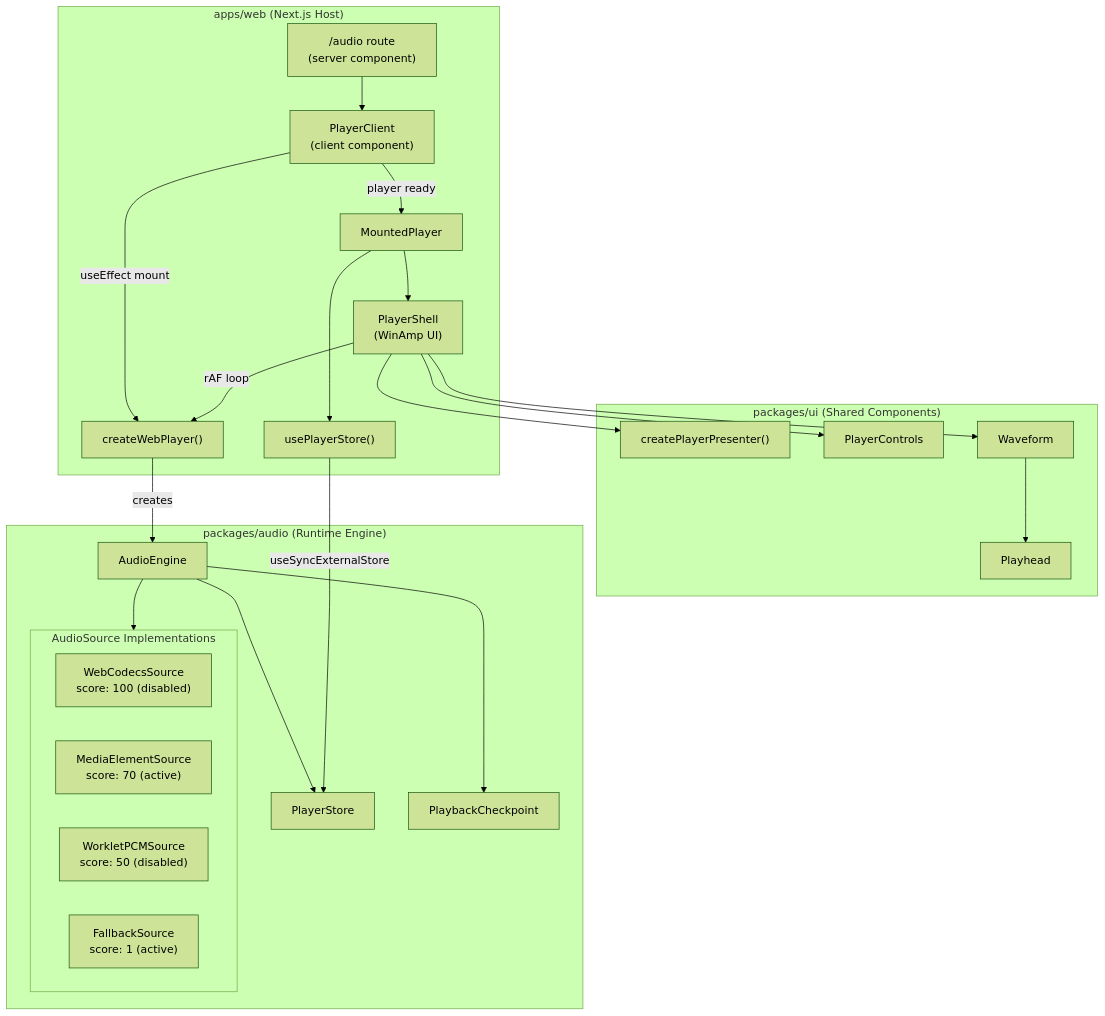
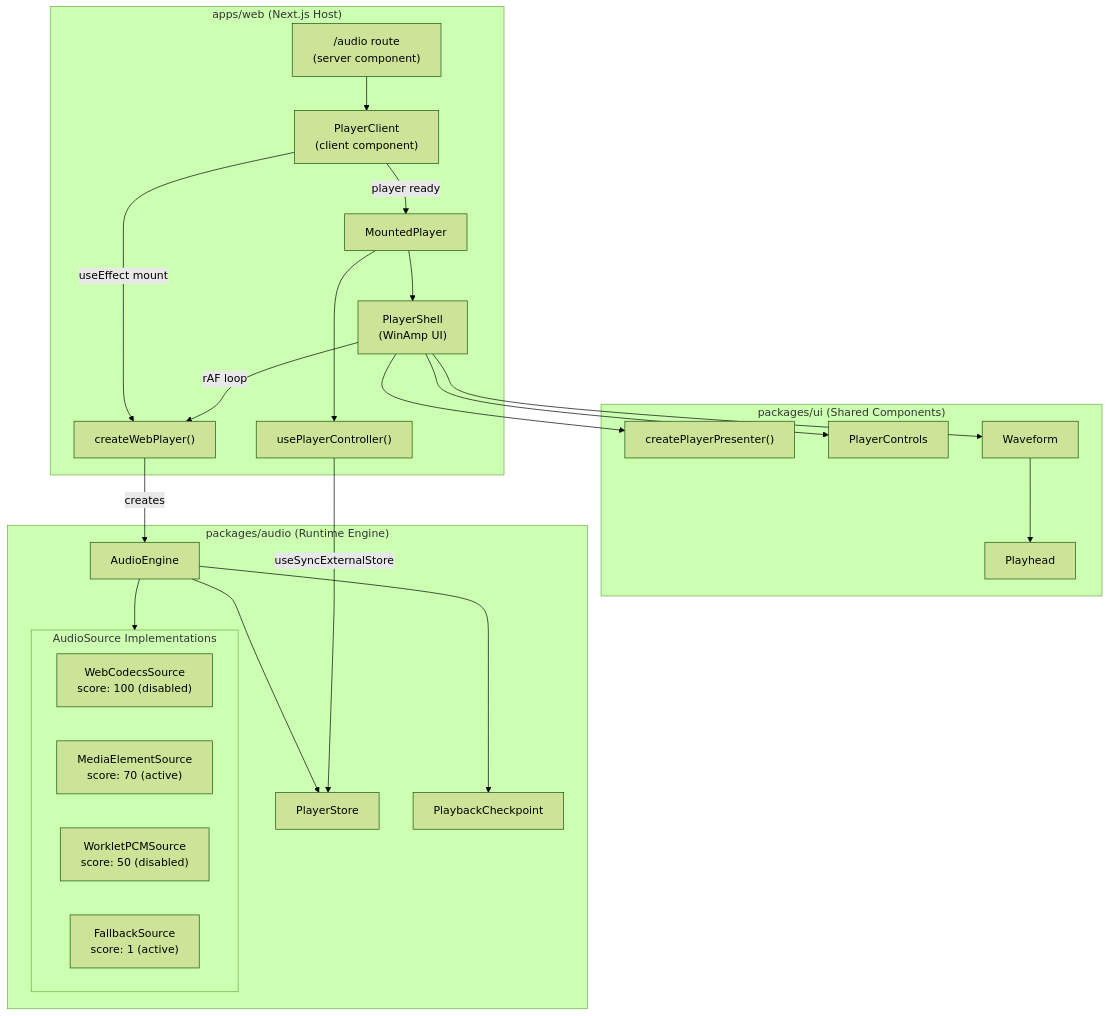
One commit to kalynbeach/kkb changed the first of 4 diagrams in docs/diagrams/2026-03-10-web-audio-player-architecture.md. Above: the diagram before and after it, drawn with Mermaid (forest theme). The commit also changed 8 other files, not shown here.

````diff
--- a/docs/diagrams/2026-03-10-web-audio-player-architecture.md
+++ b/docs/diagrams/2026-03-10-web-audio-player-architecture.md
@@ -9,50 +9,50 @@
 ```mermaid
 flowchart TB
     subgraph Web["apps/web (Next.js Host)"]
         Route["/audio route<br/>(server component)"]
         PC["PlayerClient<br/>(client component)"]
         MS["MountedPlayer"]
         PS["PlayerShell<br/>(WinAmp UI)"]
         CWP["createWebPlayer()"]
-        UPS["usePlayerStore()"]
+        UPS["usePlayerController()"]
 
         Route --> PC
         PC -->|"useEffect mount"| CWP
         PC -->|"player ready"| MS
         MS --> UPS
         MS --> PS
     end
 
     subgraph UI["packages/ui (Shared Components)"]
         Presenter["createPlayerPresenter()"]
         Controls["PlayerControls"]
         Waveform["Waveform"]
         Playhead["Playhead"]
 
         Waveform --> Playhead
     end
 
     subgraph Audio["packages/audio (Runtime Engine)"]
         Engine["AudioEngine"]
         Store["PlayerStore"]
         Checkpoint["PlaybackCheckpoint"]
 
         subgraph Sources["AudioSource Implementations"]
             WCS["WebCodecsSource<br/>score: 100 (disabled)"]
             MES["MediaElementSource<br/>score: 70 (active)"]
             WPS["WorkletPCMSource<br/>score: 50 (disabled)"]
             FS["FallbackSource<br/>score: 1 (active)"]
         end
 
         Engine --> Store
         Engine --> Checkpoint
         Engine --> Sources
     end
 
     CWP -->|"creates"| Engine
     UPS -->|"useSyncExternalStore"| Store
     PS -->|"rAF loop"| CWP
     PS --> Presenter
     PS --> Controls
     PS --> Waveform
 ```
````
